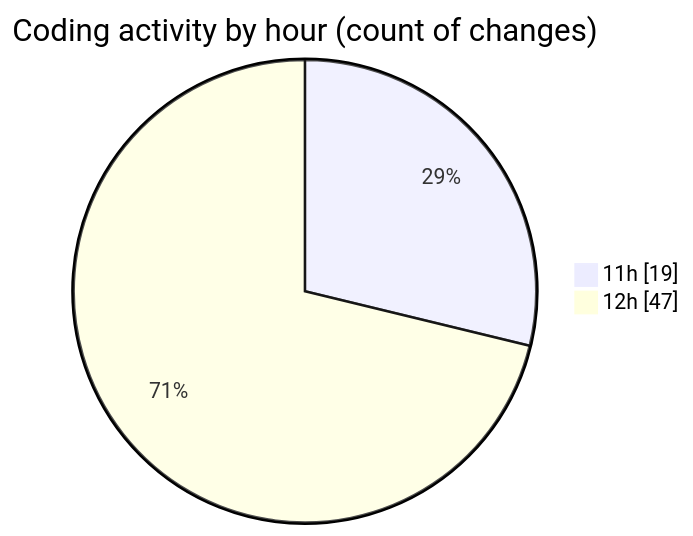
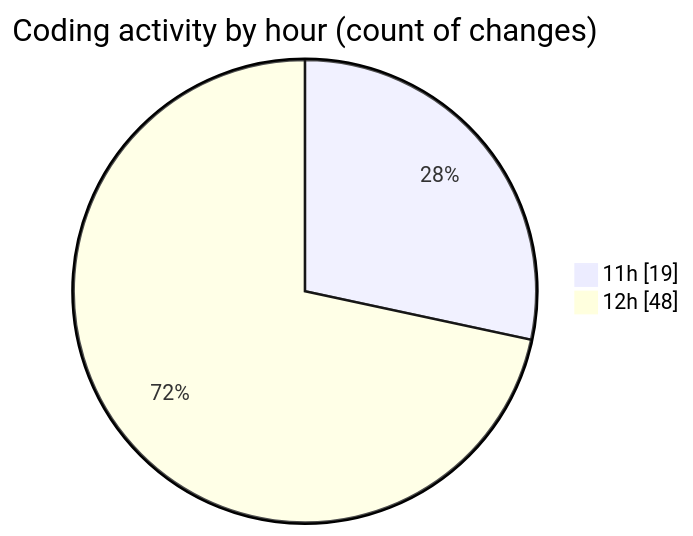
Before and after one commit to Ritupan-Deka/code-tracking: the second of 2 diagrams in 2025-10-20/scopecraft/README.md, drawn with Mermaid. The commit also changed other lines of this file and 1 other file, not shown here.

````diff
--- a/2025-10-20/scopecraft/README.md
+++ b/2025-10-20/scopecraft/README.md
@@ -38,6 +39,6 @@
 ```mermaid
 pie showData
 title Coding activity by hour (count of changes)
 "11h" : 19
-"12h" : 47
+"12h" : 48
 ```
````
